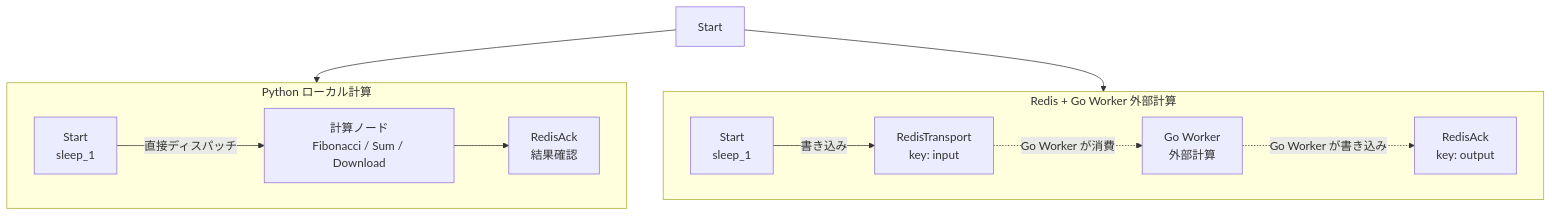
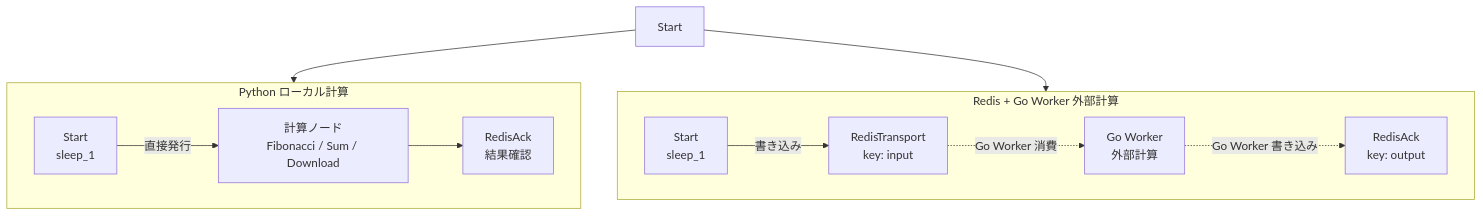
The second of 3 diagrams in docs/ja/demo/demo_stages.md (Mr-xiaotian/CelestialFlow), drawn with Mermaid before and after one commit. The commit also changed other lines of this file and 278 other files, not shown here.

````diff
--- a/docs/ja/demo/demo_stages.md
+++ b/docs/ja/demo/demo_stages.md
@@ -42,18 +37,18 @@
 ```mermaid
 flowchart TB
     subgraph Python["Python ローカル計算"]
         direction LR
-        Start["Start<br/>sleep_1"] -->|直接ディスパッチ| Compute["計算ノード<br/>Fibonacci / Sum / Download"]
+        Start["Start<br/>sleep_1"] -->|直接発行| Compute["計算ノード<br/>Fibonacci / Sum / Download"]
         Compute --> Ack["RedisAck<br/>結果確認"]
     end
 
     subgraph GoWorker["Redis + Go Worker 外部計算"]
         direction LR
         StartGo["Start<br/>sleep_1"] -->|書き込み| Transport["RedisTransport<br/>key: input"]
-        Transport -.->|Go Worker が消費| GoCalc["Go Worker<br/>外部計算"]
-        GoCalc -.->|Go Worker が書き込み| GoAck["RedisAck<br/>key: output"]
+        Transport -.->|Go Worker 消費| GoCalc["Go Worker<br/>外部計算"]
+        GoCalc -.->|Go Worker 書き込み| GoAck["RedisAck<br/>key: output"]
     end
 
     PythonStart["Start"] --> Python
     PythonStart --> GoWorker
 ```
````
